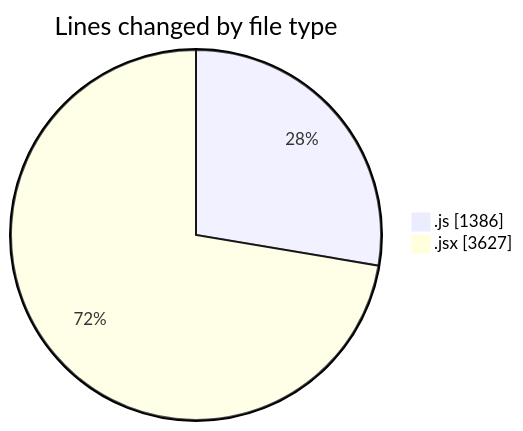
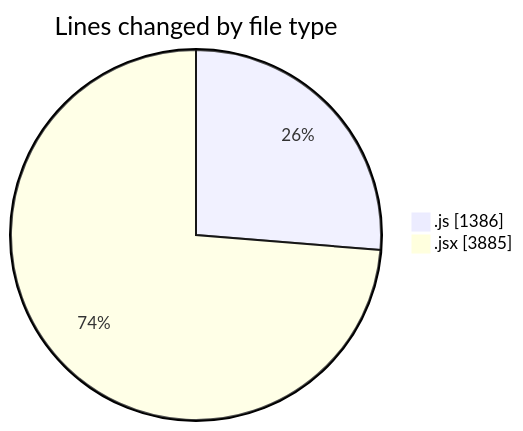
The first of 2 diagrams in 2025-07-29/nxtqube_webapp/README.md (nxtqubesakshisongat/code-tracking), drawn with Mermaid before and after one commit. The commit also changed other lines of this file and 1 other file, not shown here.

````diff
--- a/2025-07-29/nxtqube_webapp/README.md
+++ b/2025-07-29/nxtqube_webapp/README.md
@@ -31,6 +31,6 @@
 ```mermaid
 pie showData
 title Lines changed by file type
 ".js" : 1386
-".jsx" : 3627
+".jsx" : 3885
 ```
````
